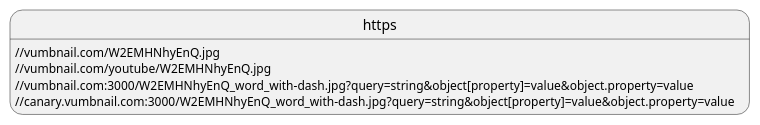
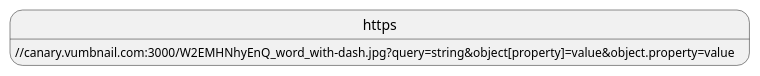
One commit to ThatGuySam/url-syntax-highlighting changed the eighth of 8 diagrams in README.md. Above: the diagram before and after it, drawn with PlantUML. The commit also changed other lines of this file, not shown here.

````diff
--- a/README.md
+++ b/README.md
@@ -4068,6 +6292,3 @@
 ```PlantUML
-https://vumbnail.com/W2EMHNhyEnQ.jpg
-https://vumbnail.com/youtube/W2EMHNhyEnQ.jpg
-https://vumbnail.com:3000/W2EMHNhyEnQ_word_with-dash.jpg?query=string&object[property]=value&object.property=value
 https://canary.vumbnail.com:3000/W2EMHNhyEnQ_word_with-dash.jpg?query=string&object[property]=value&object.property=value
 ```
````
